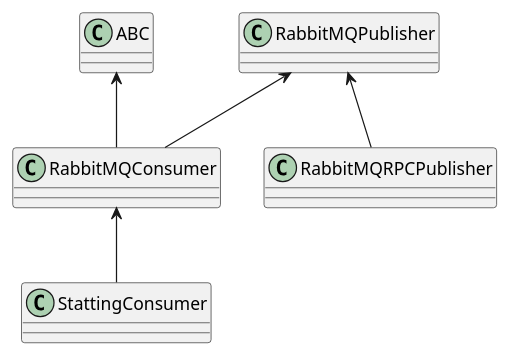
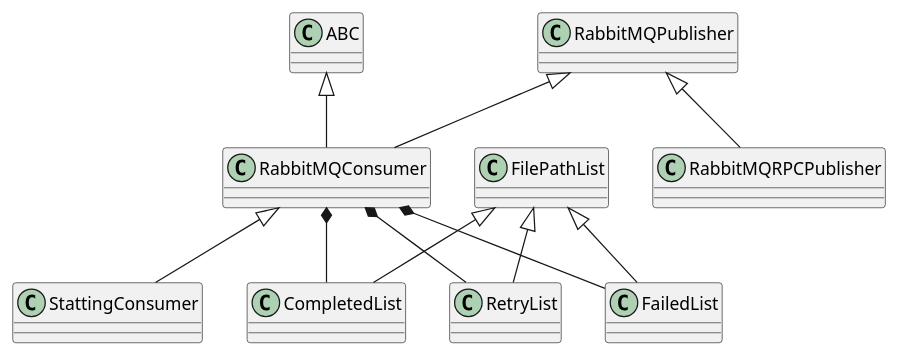
The diagram in docs/spec/uml/consumer_classes.puml (cedadev/nlds), drawn with PlantUML before and after one commit. The commit also changed 9 other files, not shown here.

```diff
--- a/docs/spec/uml/consumer_classes.puml
+++ b/docs/spec/uml/consumer_classes.puml
@@ -1,13 +1,26 @@
 @startuml consumer_classes
     class ABC
     class RabbitMQPublisher
     class RabbitMQConsumer
     class RabbitMQRPCPublisher
     class StattingConsumer
 
-    ABC <-- RabbitMQConsumer
-    RabbitMQPublisher <-- RabbitMQConsumer
-    RabbitMQPublisher <-- RabbitMQRPCPublisher
-    RabbitMQConsumer <-- StattingConsumer
+    ABC <|-- RabbitMQConsumer
+    RabbitMQPublisher <|-- RabbitMQConsumer
+    RabbitMQPublisher <|-- RabbitMQRPCPublisher
+    RabbitMQConsumer <|-- StattingConsumer
+
+    class FilePathList
+    class CompletedList
+    class RetryList
+    class FailedList
+
+    FilePathList <|-- CompletedList
+    FilePathList <|-- RetryList
+    FilePathList <|-- FailedList
+
+    RabbitMQConsumer *-- CompletedList
+    RabbitMQConsumer *-- RetryList
+    RabbitMQConsumer *-- FailedList
 
 @enduml
```
